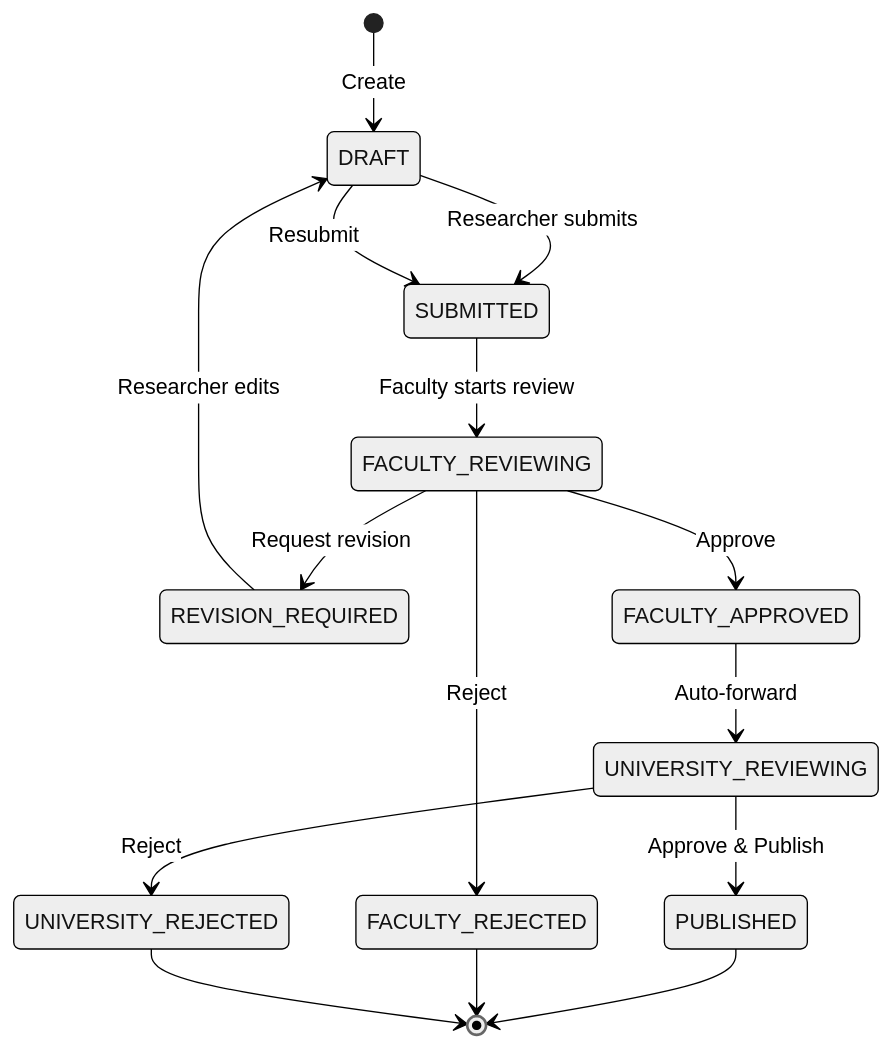
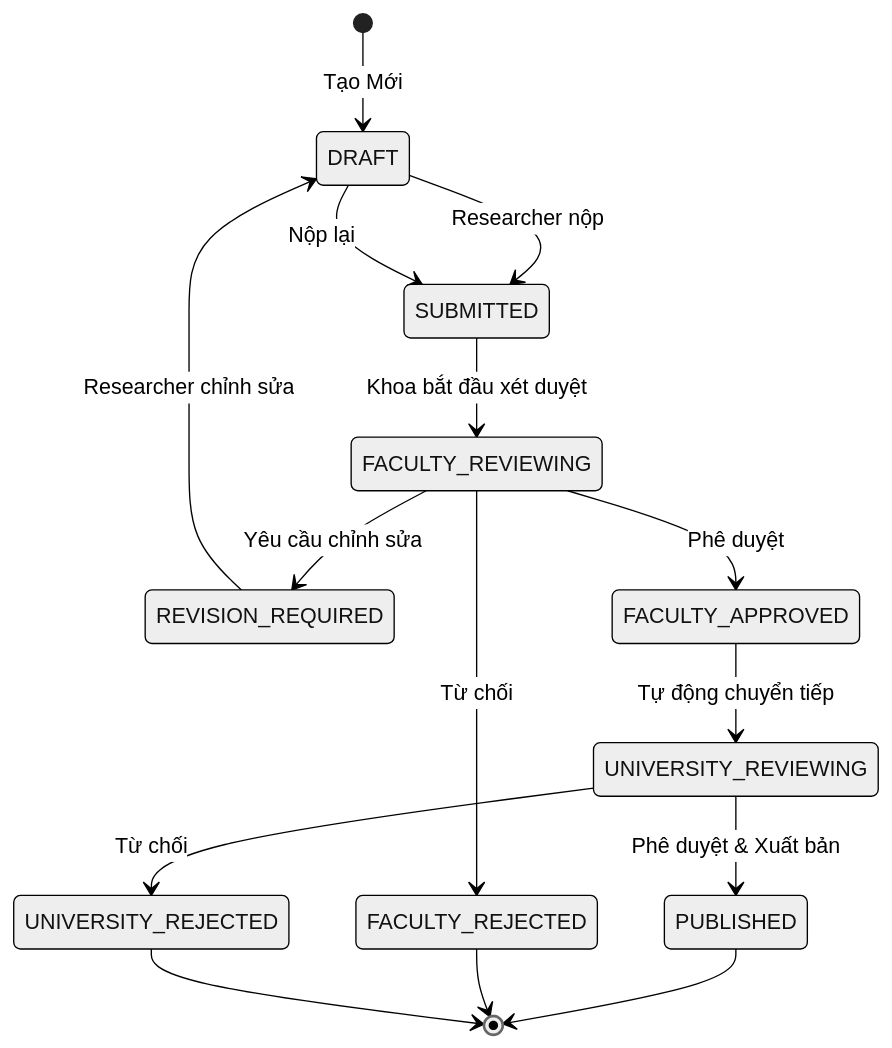
One commit to Ng0cTh4nhk5/ufpms-docs changed the diagram in docs/05_Use_Cases/High_Level/uc_hl_02_approval_workflow.md. Above: the diagram before and after it, drawn with Mermaid (neutral theme). The commit also changed other lines of this file and 70 other files, not shown here.

````diff
--- a/docs/05_Use_Cases/High_Level/uc_hl_02_approval_workflow.md
+++ b/docs/05_Use_Cases/High_Level/uc_hl_02_approval_workflow.md
@@ -32,22 +32,22 @@
 ```mermaid
 stateDiagram-v2
-    [*] --> DRAFT: Create
-    DRAFT --> SUBMITTED: Researcher submits
-    SUBMITTED --> FACULTY_REVIEWING: Faculty starts review
+    [*] --> DRAFT: Tạo Mới
+    DRAFT --> SUBMITTED: Researcher nộp
+    SUBMITTED --> FACULTY_REVIEWING: Khoa bắt đầu xét duyệt
     
-    FACULTY_REVIEWING --> REVISION_REQUIRED: Request revision
-    FACULTY_REVIEWING --> FACULTY_APPROVED: Approve
-    FACULTY_REVIEWING --> FACULTY_REJECTED: Reject
+    FACULTY_REVIEWING --> REVISION_REQUIRED: Yêu cầu chỉnh sửa
+    FACULTY_REVIEWING --> FACULTY_APPROVED: Phê duyệt
+    FACULTY_REVIEWING --> FACULTY_REJECTED: Từ chối
     
-    REVISION_REQUIRED --> DRAFT: Researcher edits
-    DRAFT --> SUBMITTED: Resubmit
+    REVISION_REQUIRED --> DRAFT: Researcher chỉnh sửa
+    DRAFT --> SUBMITTED: Nộp lại
     
-    FACULTY_APPROVED --> UNIVERSITY_REVIEWING: Auto-forward
+    FACULTY_APPROVED --> UNIVERSITY_REVIEWING: Tự động chuyển tiếp
     
-    UNIVERSITY_REVIEWING --> PUBLISHED: Approve & Publish
-    UNIVERSITY_REVIEWING --> UNIVERSITY_REJECTED: Reject
+    UNIVERSITY_REVIEWING --> PUBLISHED: Phê duyệt & Xuất bản
+    UNIVERSITY_REVIEWING --> UNIVERSITY_REJECTED: Từ chối
     
     PUBLISHED --> [*]
     FACULTY_REJECTED --> [*]
     UNIVERSITY_REJECTED --> [*]
 ```
````
